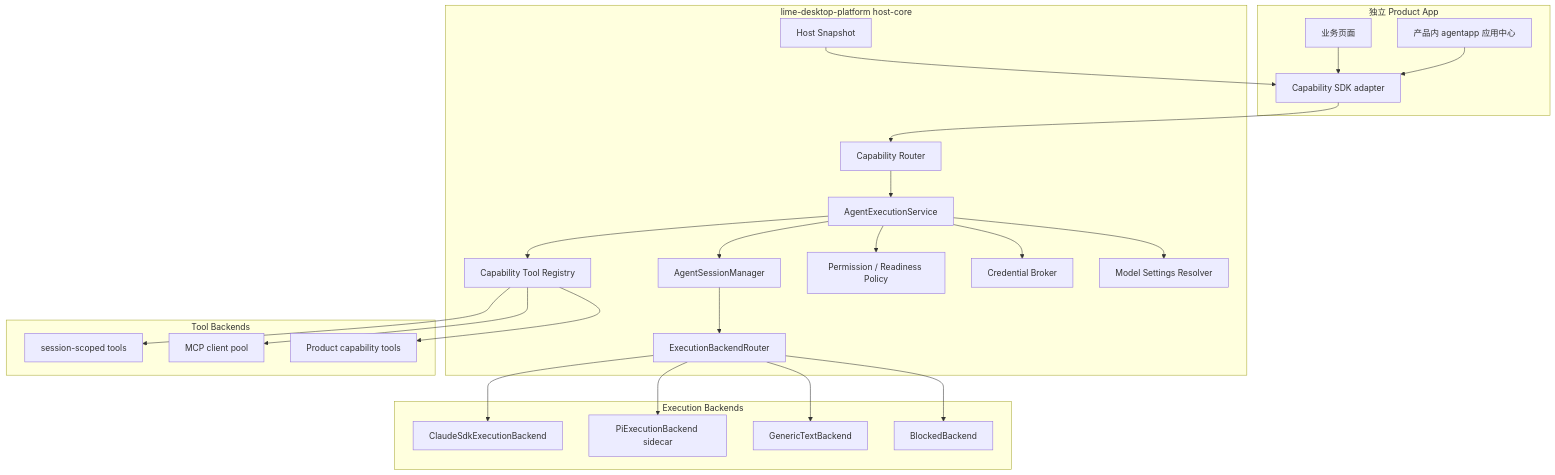
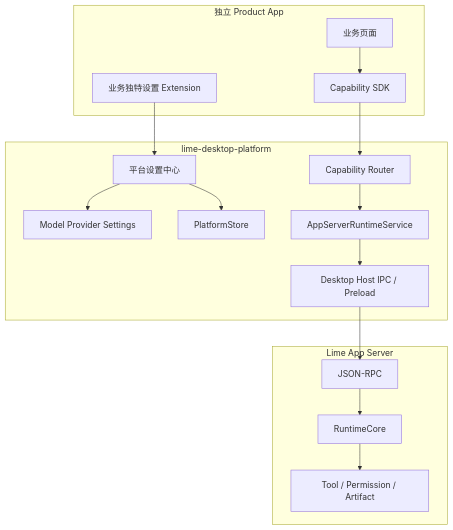
One commit to limecloud/lime-desktop-platform changed the first of 2 diagrams in docs/v1/agent-runtime-strategy.md. Above: the diagram before and after it, drawn with Mermaid. The commit also changed other lines of this file and 77 other files, not shown here.

Commit message:
Release desktop platform v0.1.5

````diff
--- a/docs/v1/agent-runtime-strategy.md
+++ b/docs/v1/agent-runtime-strategy.md
@@ -40,52 +25,34 @@
 ```mermaid
 flowchart TB
   subgraph Product[独立 Product App]
     UI[业务页面]
-    Center[产品内 agentapp 应用中心]
-    SDK[Capability SDK adapter]
+    SDK[Capability SDK]
+    Extension[业务独特设置 Extension]
   end
 
-  subgraph Platform[lime-desktop-platform host-core]
-    Snapshot[Host Snapshot]
+  subgraph Platform[lime-desktop-platform]
+    Settings[平台设置中心]
+    Providers[Model Provider Settings]
+    Store[PlatformStore]
     CapRouter[Capability Router]
-    AgentExec[AgentExecutionService]
-    SessionMgr[AgentSessionManager]
-    BackendRouter[ExecutionBackendRouter]
-    ToolRegistry[Capability Tool Registry]
-    Permission[Permission / Readiness Policy]
-    Credential[Credential Broker]
-    ModelSettings[Model Settings Resolver]
+    Runtime[AppServerRuntimeService]
+    Bridge[Desktop Host IPC / Preload]
   end
 
-  subgraph Backends[Execution Backends]
-    Claude[ClaudeSdkExecutionBackend]
-    Pi[PiExecutionBackend sidecar]
-    Generic[GenericTextBackend]
-    Blocked[BlockedBackend]
-  end
-
-  subgraph Tools[Tool Backends]
-    SessionTools[session-scoped tools]
-    MCP[MCP client pool]
-    ProductTools[Product capability tools]
+  subgraph AppServer[Lime App Server]
+    JsonRpc[JSON-RPC]
+    RuntimeCore[RuntimeCore]
+    Tools[Tool / Permission / Artifact]
   end
 
   UI --> SDK
-  Center --> SDK
+  Extension --> Settings
   SDK --> CapRouter
-  CapRouter --> AgentExec
-  Snapshot --> SDK
-  AgentExec --> SessionMgr
-  SessionMgr --> BackendRouter
-  BackendRouter --> Claude
-  BackendRouter --> Pi
-  BackendRouter --> Generic
-  BackendRouter --> Blocked
-  AgentExec --> ToolRegistry
-  ToolRegistry --> SessionTools
-  ToolRegistry --> MCP
-  ToolRegistry --> ProductTools
-  AgentExec --> Permission
-  AgentExec --> Credential
-  AgentExec --> ModelSettings
+  Settings --> Providers
+  Settings --> Store
+  CapRouter --> Runtime
+  Runtime --> Bridge
+  Bridge --> JsonRpc
+  JsonRpc --> RuntimeCore
+  RuntimeCore --> Tools
 ```
````
